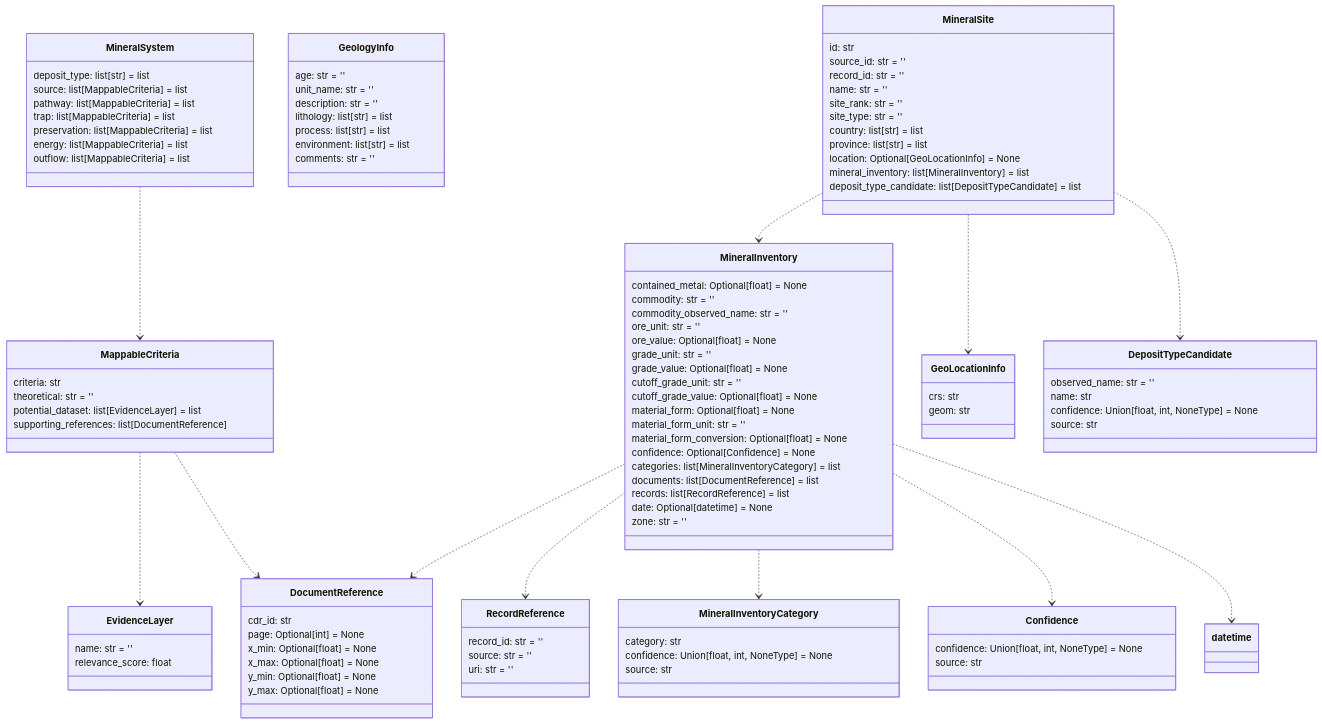
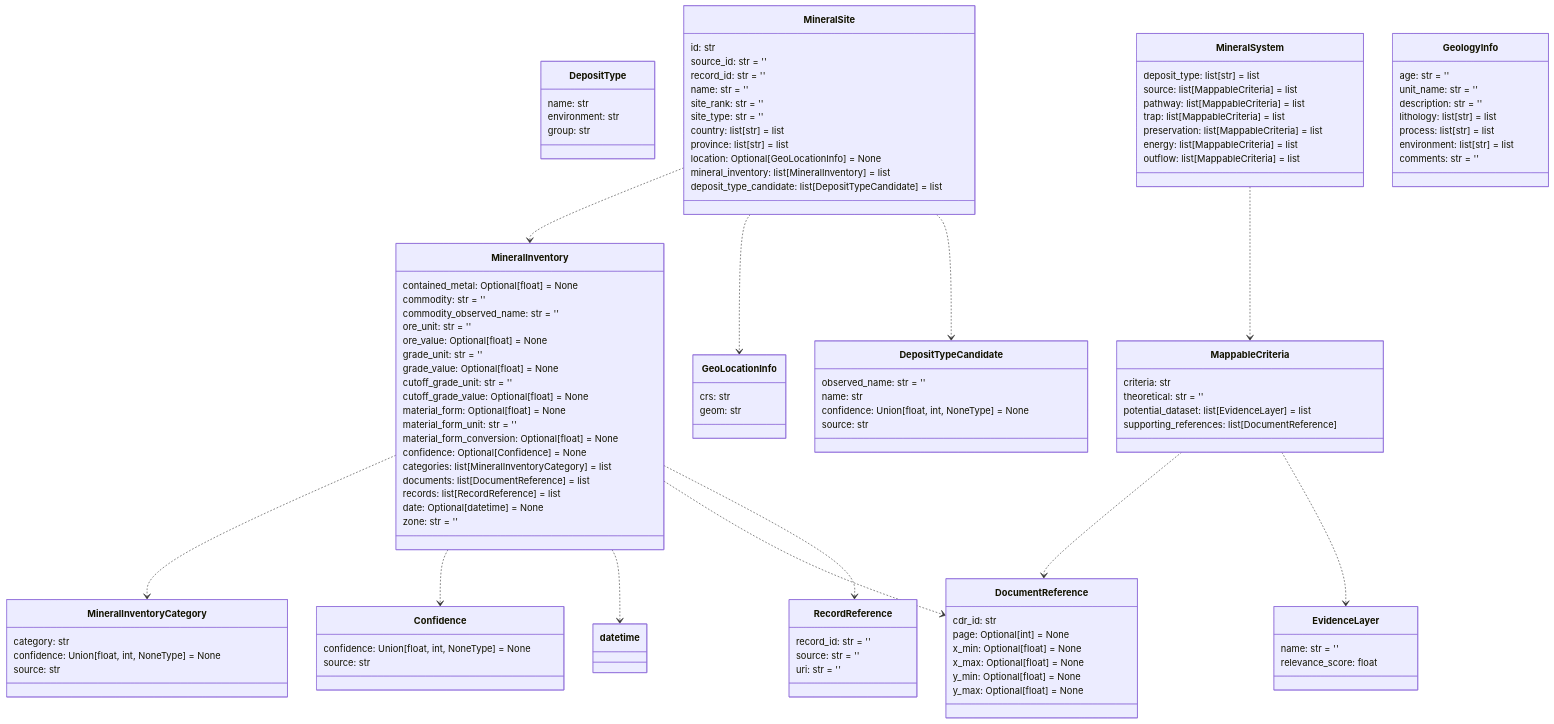
One commit to DARPA-CRITICALMAAS/cdr_schemas changed the tenth of 14 diagrams in README.md. Above: the diagram before and after it, drawn with Mermaid. The commit also changed other lines of this file and 1 other file, not shown here.

````diff
--- a/README.md
+++ b/README.md
@@ -765,23 +765,5 @@
 ```mermaid
 classDiagram
-
-    class MappableCriteria {
-        criteria: str
-        theoretical: str = ''
-        potential_dataset: list[EvidenceLayer] = list
-        supporting_references: list[DocumentReference]
-    }
-
-    class EvidenceLayer {
-        name: str = ''
-        relevance_score: float
-    }
-
-    class MineralInventoryCategory {
-        category: str
-        confidence: Union[float, int, NoneType] = None
-        source: str
-    }
 
     class MineralInventory {
         contained_metal: Optional[float] = None
@@ -804,24 +786,50 @@
         zone: str = ''
     }
 
-    class MineralSystem {
-        deposit_type: list[str] = list
-        source: list[MappableCriteria] = list
-        pathway: list[MappableCriteria] = list
-        trap: list[MappableCriteria] = list
-        preservation: list[MappableCriteria] = list
-        energy: list[MappableCriteria] = list
-        outflow: list[MappableCriteria] = list
+    class DepositTypeCandidate {
+        observed_name: str = ''
+        name: str
+        confidence: Union[float, int, NoneType] = None
+        source: str
     }
 
-    class GeologyInfo {
-        age: str = ''
-        unit_name: str = ''
-        description: str = ''
-        lithology: list[str] = list
-        process: list[str] = list
-        environment: list[str] = list
-        comments: str = ''
+    class RecordReference {
+        record_id: str = ''
+        source: str = ''
+        uri: str = ''
+    }
+
+    class EvidenceLayer {
+        name: str = ''
+        relevance_score: float
+    }
+
+    class MappableCriteria {
+        criteria: str
+        theoretical: str = ''
+        potential_dataset: list[EvidenceLayer] = list
+        supporting_references: list[DocumentReference]
+    }
+
+    class DocumentReference {
+        cdr_id: str
+        page: Optional[int] = None
+        x_min: Optional[float] = None
+        x_max: Optional[float] = None
+        y_min: Optional[float] = None
+        y_max: Optional[float] = None
+    }
+
+    class DepositType {
+        name: str
+        environment: str
+        group: str
+    }
+
+    class MineralInventoryCategory {
+        category: str
+        confidence: Union[float, int, NoneType] = None
+        source: str
     }
 
     class MineralSite {
@@ -838,22 +846,14 @@
         deposit_type_candidate: list[DepositTypeCandidate] = list
     }
 
-    class GeoLocationInfo {
-        crs: str
-        geom: str
-    }
-
-    class DepositTypeCandidate {
-        observed_name: str = ''
-        name: str
-        confidence: Union[float, int, NoneType] = None
-        source: str
-    }
-
-    class RecordReference {
-        record_id: str = ''
-        source: str = ''
-        uri: str = ''
+    class MineralSystem {
+        deposit_type: list[str] = list
+        source: list[MappableCriteria] = list
+        pathway: list[MappableCriteria] = list
+        trap: list[MappableCriteria] = list
+        preservation: list[MappableCriteria] = list
+        energy: list[MappableCriteria] = list
+        outflow: list[MappableCriteria] = list
     }
 
     class Confidence {
@@ -861,26 +861,32 @@
         source: str
     }
 
-    class DocumentReference {
-        cdr_id: str
-        page: Optional[int] = None
-        x_min: Optional[float] = None
-        x_max: Optional[float] = None
-        y_min: Optional[float] = None
-        y_max: Optional[float] = None
+    class GeoLocationInfo {
+        crs: str
+        geom: str
     }
 
+    class GeologyInfo {
+        age: str = ''
+        unit_name: str = ''
+        description: str = ''
+        lithology: list[str] = list
+        process: list[str] = list
+        environment: list[str] = list
+        comments: str = ''
+    }
+
+    MappableCriteria ..> DocumentReference
     MappableCriteria ..> EvidenceLayer
-    MappableCriteria ..> DocumentReference
     MineralSystem ..> MappableCriteria
-    MineralInventory ..> RecordReference
     MineralInventory ..> MineralInventoryCategory
     MineralInventory ..> Confidence
+    MineralInventory ..> datetime
     MineralInventory ..> DocumentReference
-    MineralInventory ..> datetime
+    MineralInventory ..> RecordReference
+    MineralSite ..> MineralInventory
     MineralSite ..> GeoLocationInfo
     MineralSite ..> DepositTypeCandidate
-    MineralSite ..> MineralInventory
 
 
 ```
````
